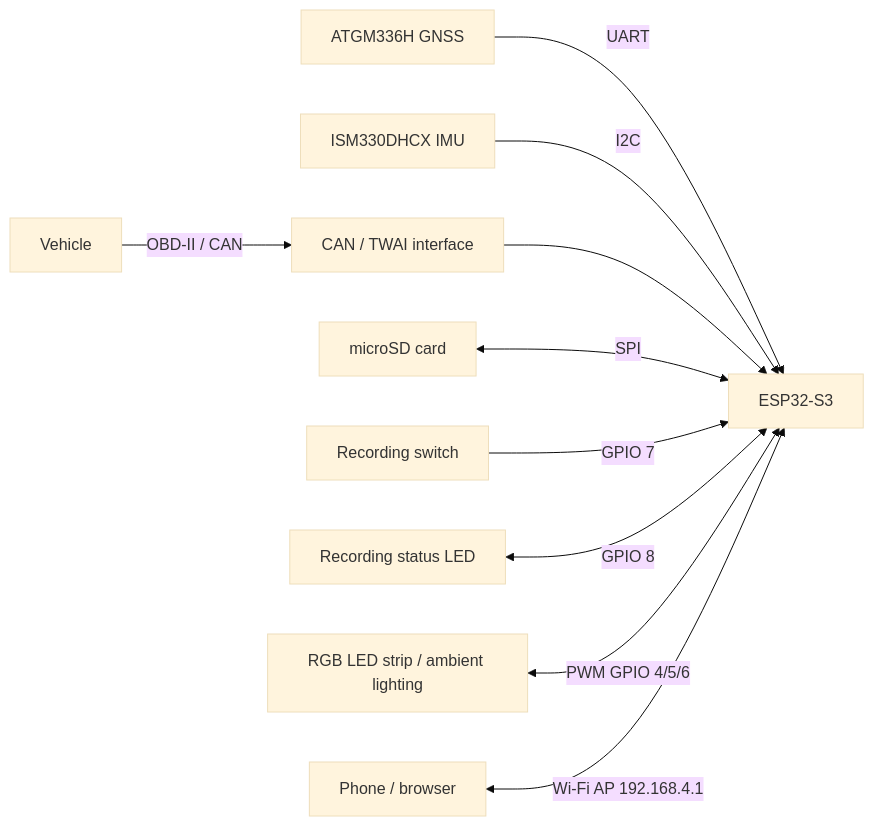
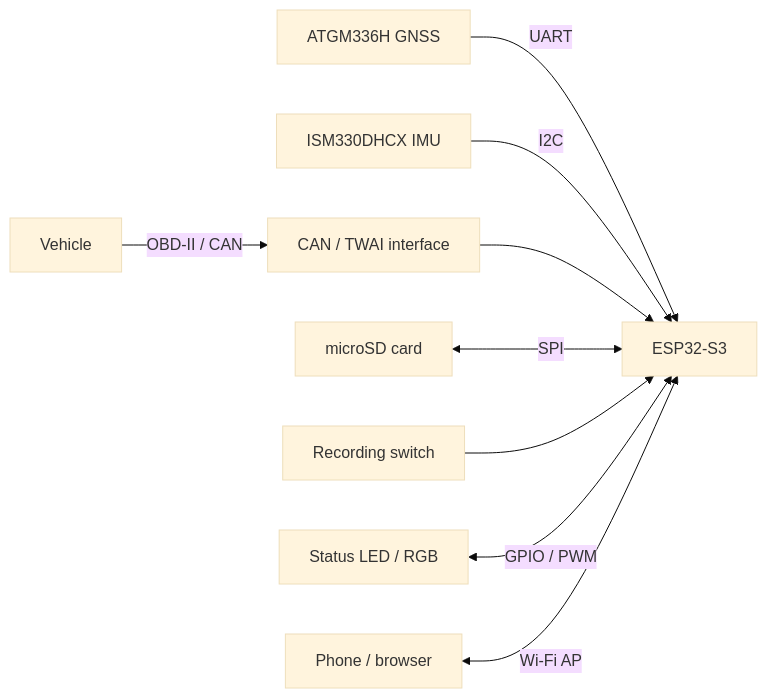
One commit to mdmmt05/Trace changed the diagram in README.md. Above: the diagram before and after it, drawn with Mermaid (base theme). The commit also changed other lines of this file, not shown here.

````diff
--- a/README.md
+++ b/README.md
@@ -65,14 +48,11 @@
 ```mermaid
 flowchart LR
     CAR[Vehicle] -->|OBD-II / CAN| CAN[CAN / TWAI interface]
     GNSS[ATGM336H GNSS] -->|UART| ESP[ESP32-S3]
     IMU[ISM330DHCX IMU] -->|I2C| ESP
     CAN --> ESP
     SD[microSD card] <-->|SPI| ESP
-
-    SWITCH[Recording switch] -->|GPIO 7| ESP
-    RECLED[Recording status LED] <-->|GPIO 8| ESP
-    RGB[RGB LED strip / ambient lighting] <-->|PWM GPIO 4/5/6| ESP
-
-    PHONE[Phone / browser] <-->|Wi-Fi AP 192.168.4.1| ESP
+    SWITCH[Recording switch] --> ESP
+    LED[Status LED / RGB] <-->|GPIO / PWM| ESP
+    PHONE[Phone / browser] <-->|Wi-Fi AP| ESP
 ```
````
